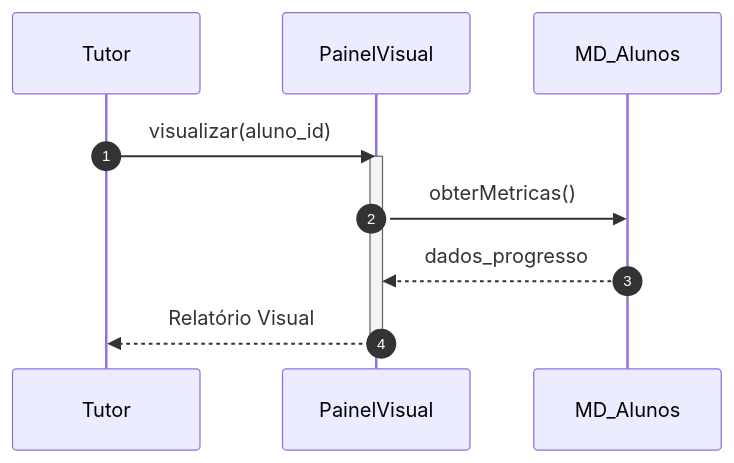
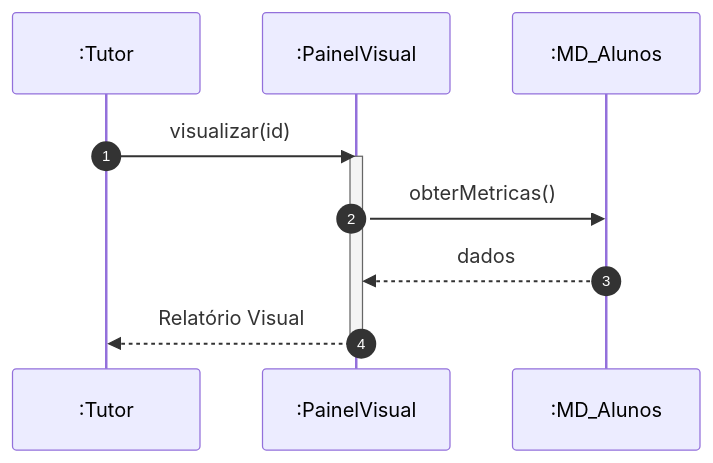
One commit to MayconDIS/PIM_III-Documentacao_UML changed the second of 2 diagrams in PIM_III/02_Modelagem_UML_Astah/UC06_Acompanhar_Desempenho/README.md. Above: the diagram before and after it, drawn with Mermaid. The commit also changed other lines of this file and 17 other files, not shown here.

````diff
--- a/PIM_III/02_Modelagem_UML_Astah/UC06_Acompanhar_Desempenho/README.md
+++ b/PIM_III/02_Modelagem_UML_Astah/UC06_Acompanhar_Desempenho/README.md
@@ -43,13 +46,13 @@
 ```mermaid
 sequenceDiagram
     autonumber
-    participant T as Tutor
-    participant D as PainelVisual
-    participant A as MD_Alunos
-    T->>D: visualizar(aluno_id)
+    participant T as :Tutor
+    participant D as :PainelVisual
+    participant A as :MD_Alunos
+    T->>D: visualizar(id)
     activate D
     D->>A: obterMetricas()
-    A-->>D: dados_progresso
+    A-->>D: dados
     D-->>T: Relatório Visual
     deactivate D
 ```
````
